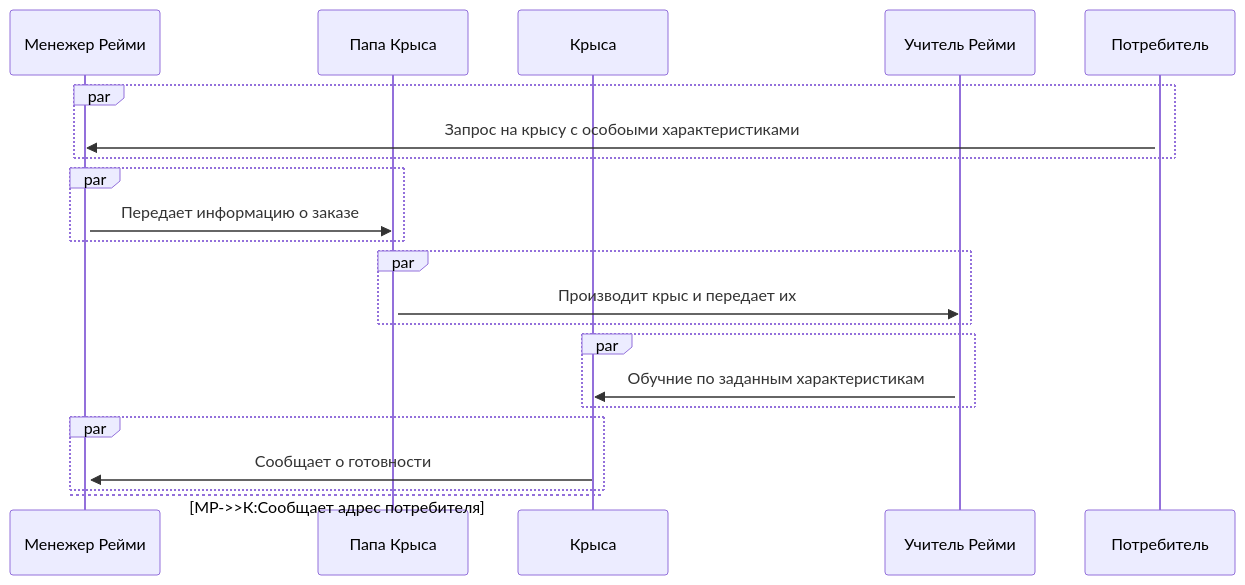
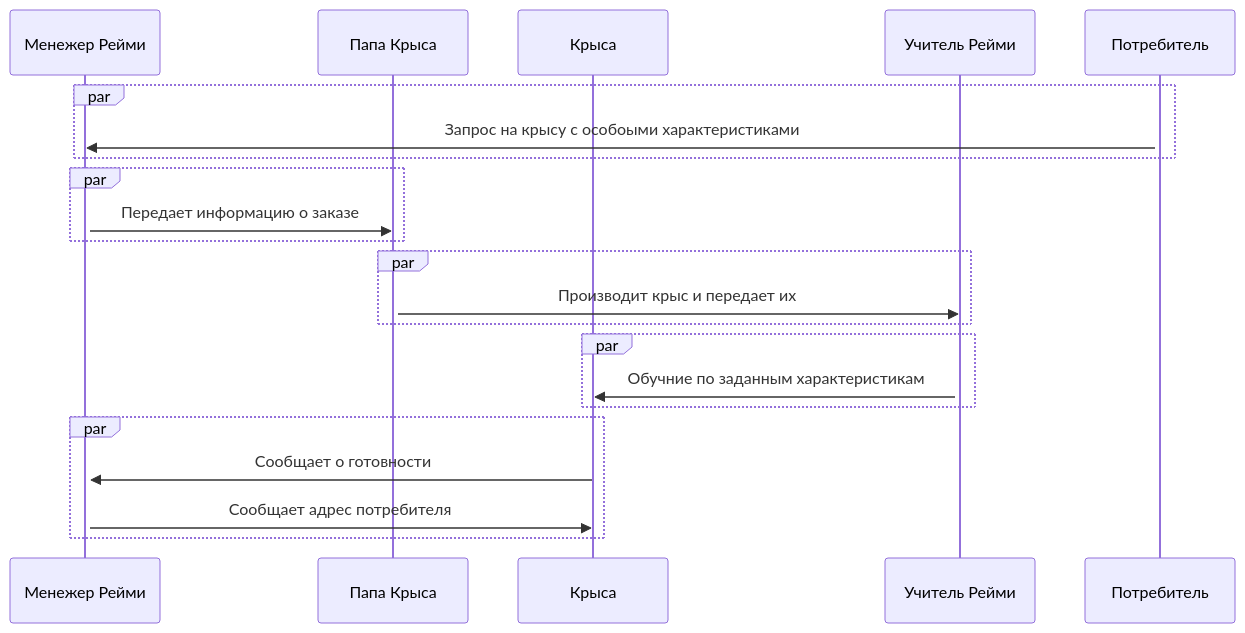
Before and after one commit to VegaMethadone/Software-engineering-: the diagram in README.md, drawn with Mermaid.

````diff
--- a/README.md
+++ b/README.md
@@ -13,31 +13,31 @@
 ```mermaid
 sequenceDiagram
     participant МР as Менежер Рейми
     participant ПК as Папа Крыса
     participant К as Крыса
     participant Р as Учитель Рейми
     participant П as Потребитель
     activate П
     par
         П->>МР: Запрос на крысу с особоыми характеристиками 
     end
     activate МР
     par
         МР->>ПК:Передает информацию о заказе
     end
     activate ПК
     par
         ПК->>Р: Производит крыс и передает их
     end
     activate Р
     par 
         Р->>К:Обучние по заданным характеристикам
     end
     par
         К->>МР:Сообщает о готовности 
-    and МР->>К:Сообщает адрес потребителя
+        МР->>К:Сообщает адрес потребителя
     end
     
     
     
 ```
````
